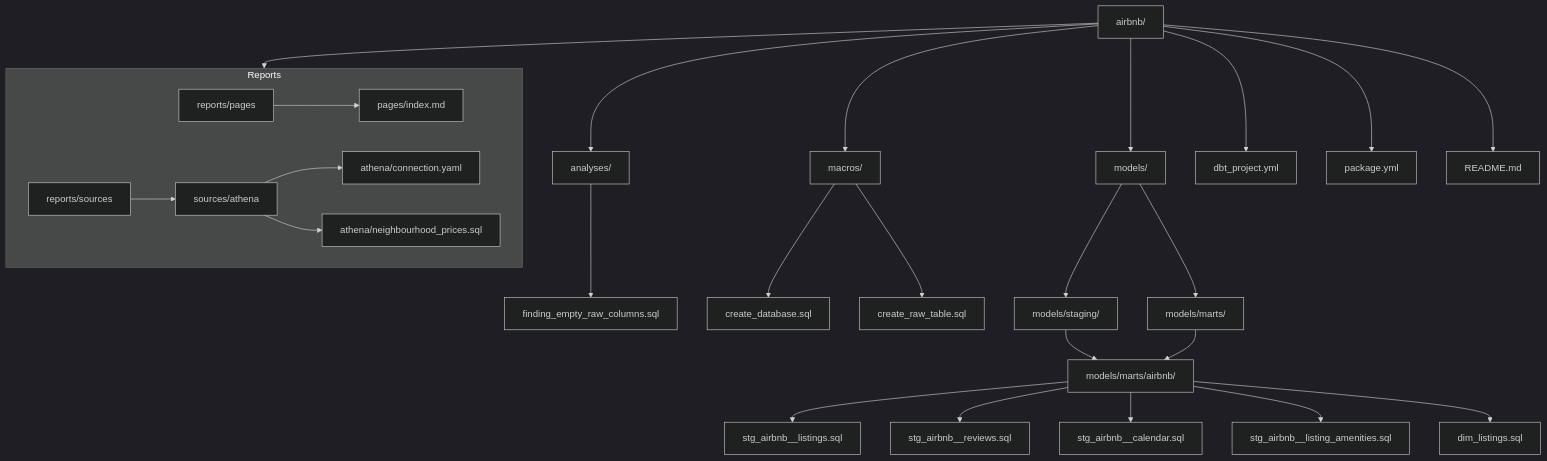
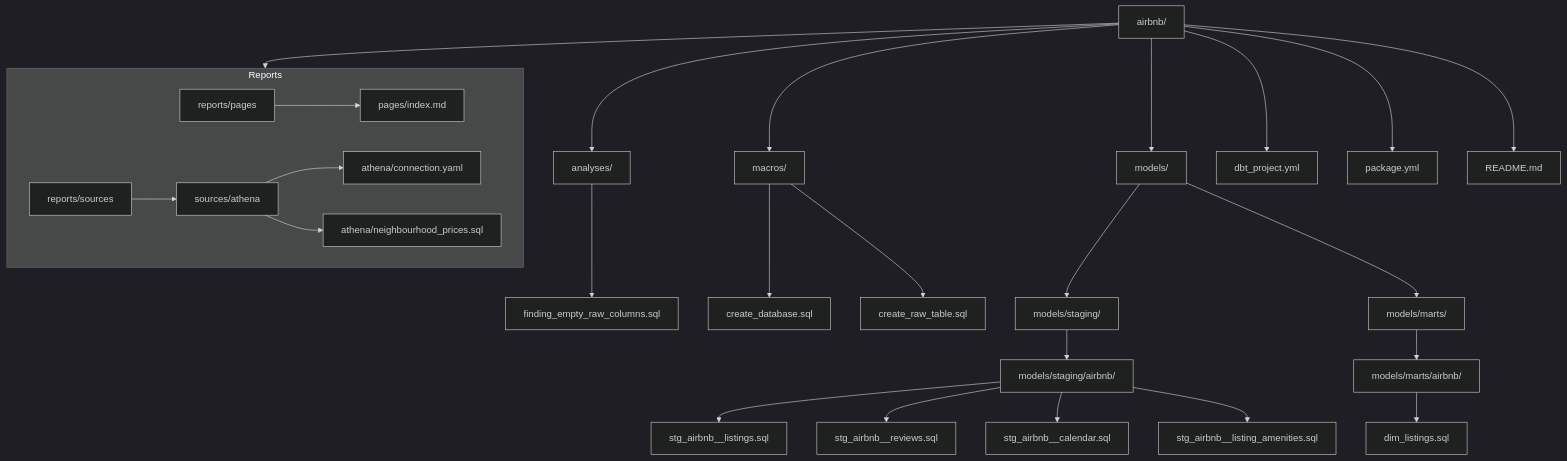
One commit to luccappaz/AirbnbWithDBT changed the first of 2 diagrams in README.md. Above: the diagram before and after it, drawn with Mermaid (dark theme).

Commit message:
docs: arrumando README

````diff
--- a/README.md
+++ b/README.md
@@ -26,36 +26,36 @@
 ```mermaid
 graph TD
     Root[airbnb/]
     
     Root --> Analyses[analyses/]
       Analyses --> finding_empty_raw_columns.sql 
       
     Root --> Macros[macros/]
       Macros --> create_database.sql
       Macros --> create_raw_table.sql
       
     Root --> Model[models/]
-      Model --> Silver[models/staging/]
-        Silver --> Airbnb[models/staging/airbnb/]
-          Airbnb --> stg_airbnb__listings.sql
-          Airbnb --> stg_airbnb__reviews.sql
-          Airbnb --> stg_airbnb__calendar.sql
-          Airbnb --> stg_airbnb__listing_amenities.sql
+      Model --> Staging[models/staging/]
+        Staging --> Silver[models/staging/airbnb/]
+          Silver --> stg_airbnb__listings.sql
+          Silver --> stg_airbnb__reviews.sql
+          Silver --> stg_airbnb__calendar.sql
+          Silver --> stg_airbnb__listing_amenities.sql
           
-      Model --> Gold[models/marts/]
-        Gold --> Airbnb[models/marts/airbnb/]
-          Airbnb --> dim_listings.sql
+      Model --> Marts[models/marts/]
+        Marts --> Gold[models/marts/airbnb/]
+          Gold --> dim_listings.sql
     
     Root --> Reports[reports/]
     Root --> dbt_project.yml
     Root --> package.yml
     Root --> README.md
 
     subgraph Reports
             Pages[reports/pages] --> index.md[pages/index.md] 
             Sources[reports/sources] --> Athena[sources/athena]
             Athena --> Connection[athena/connection.yaml]
             Athena --> NeighbourhoodPrices[athena/neighbourhood_prices.sql]
         end
 
 ```
````
